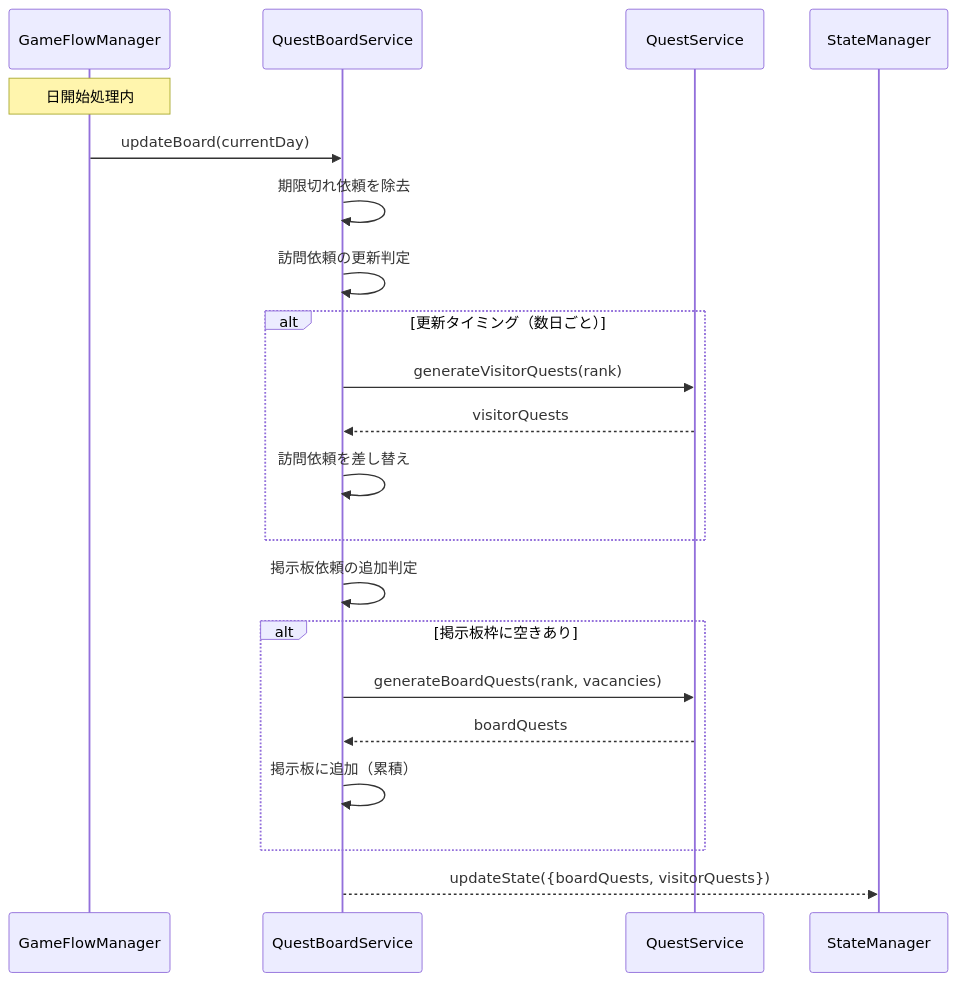
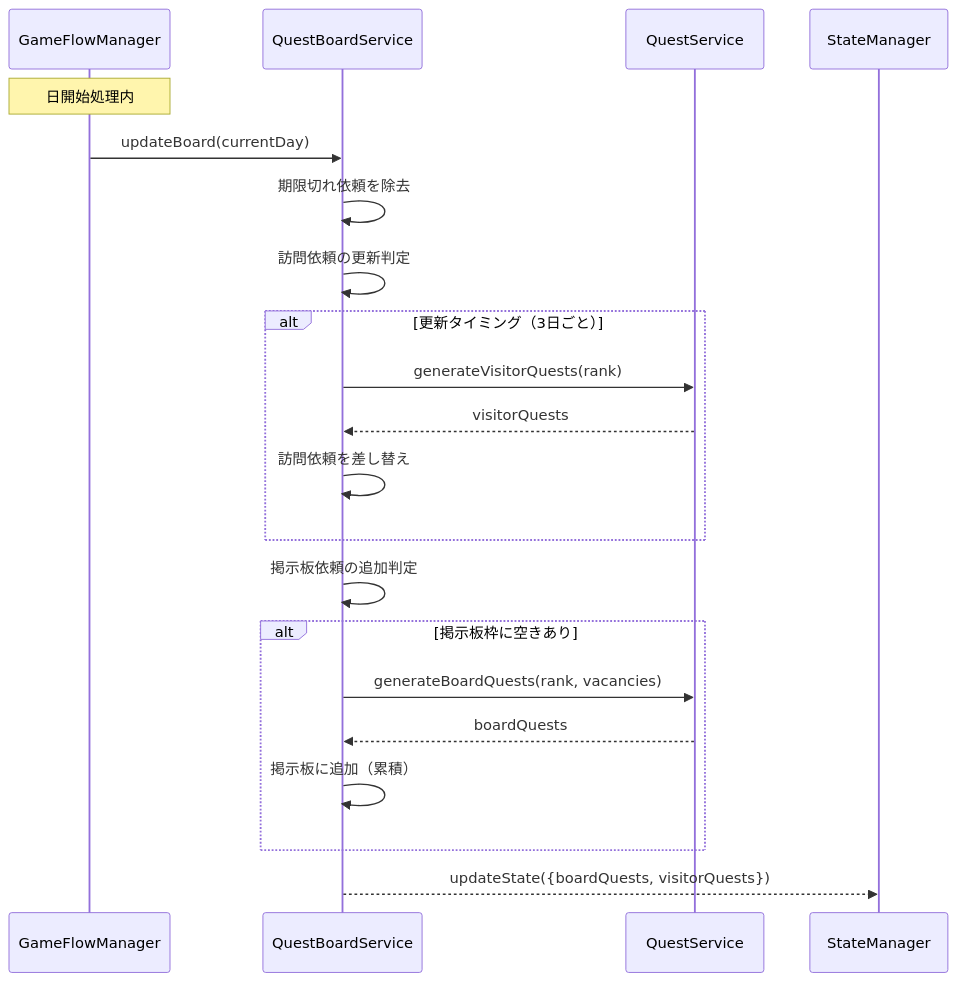
The tenth of 14 diagrams in docs/design/free-phase-navigation/dataflow.md (yaguma/atelier), drawn with Mermaid before and after one commit. The commit also changed 9 other files, not shown here.

````diff
--- a/docs/design/free-phase-navigation/dataflow.md
+++ b/docs/design/free-phase-navigation/dataflow.md
@@ -385,28 +385,28 @@
 ```mermaid
 sequenceDiagram
     participant GFM as GameFlowManager
     participant QBS as QuestBoardService
     participant QS as QuestService
     participant SM as StateManager
 
     Note over GFM: 日開始処理内
 
     GFM->>QBS: updateBoard(currentDay)
 
     QBS->>QBS: 期限切れ依頼を除去
     QBS->>QBS: 訪問依頼の更新判定
-    alt 更新タイミング（数日ごと）
+    alt 更新タイミング（3日ごと）
         QBS->>QS: generateVisitorQuests(rank)
         QS-->>QBS: visitorQuests
         QBS->>QBS: 訪問依頼を差し替え
     end
 
     QBS->>QBS: 掲示板依頼の追加判定
     alt 掲示板枠に空きあり
         QBS->>QS: generateBoardQuests(rank, vacancies)
         QS-->>QBS: boardQuests
         QBS->>QBS: 掲示板に追加（累積）
     end
 
     QBS-->>SM: updateState({boardQuests, visitorQuests})
 ```
````
